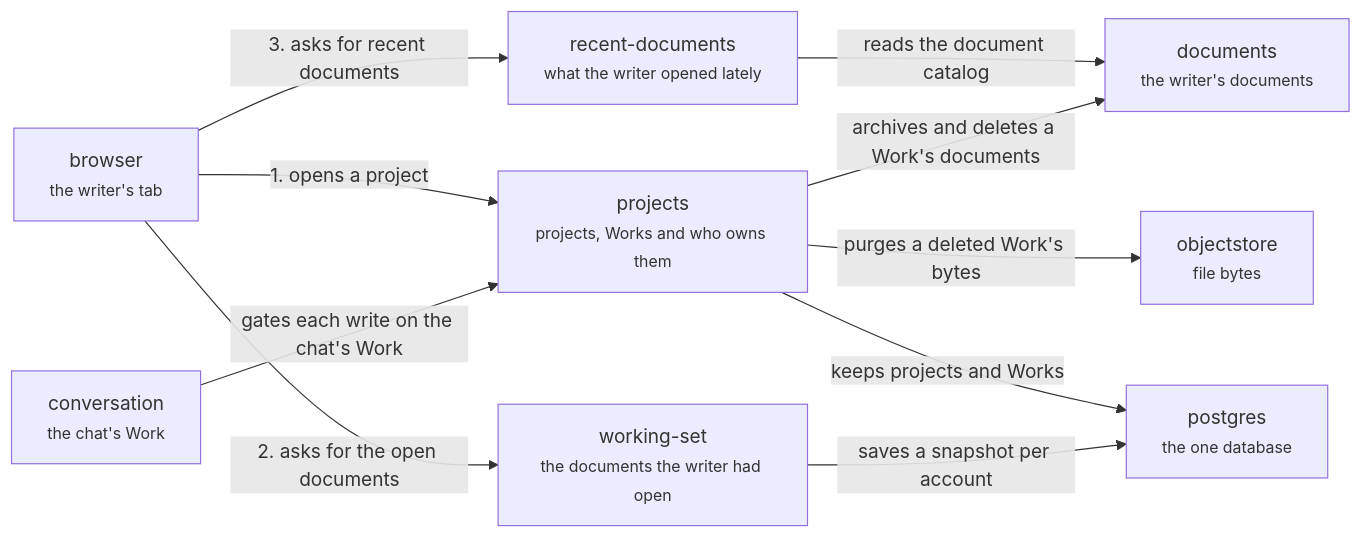
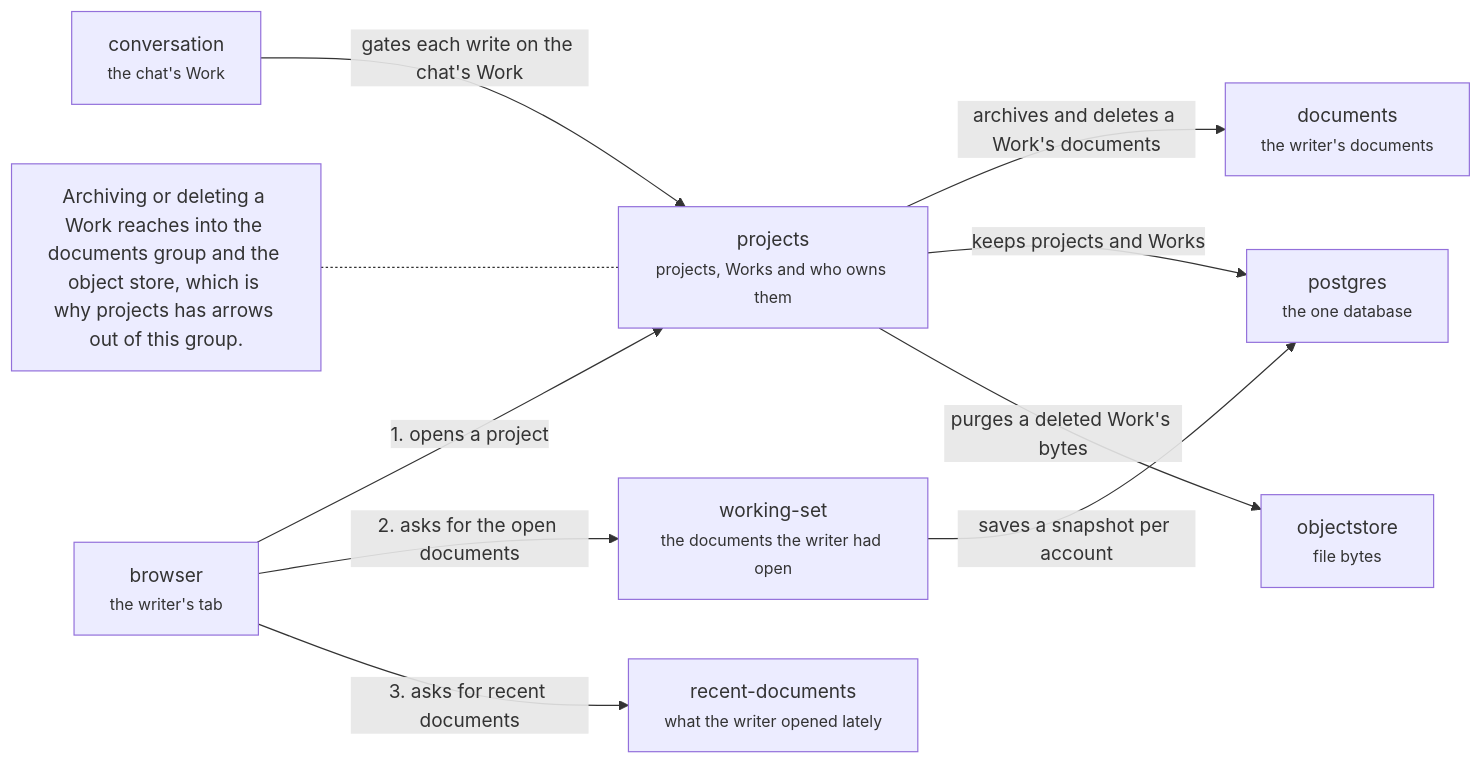
One commit to haowjy/meridian-flow changed the diagram in .context/system-architecture/server-workspace.md. Above: the diagram before and after it, drawn with Mermaid. The commit also changed 13 other files, not shown here.

````diff
--- a/.context/system-architecture/server-workspace.md
+++ b/.context/system-architecture/server-workspace.md
@@ -5,20 +5,21 @@
 ```mermaid
 flowchart LR
   projects["projects<br/><small>projects, Works and who owns them</small>"]:::domain
   working-set["working-set<br/><small>the documents the writer had open</small>"]:::domain
   recent-documents["recent-documents<br/><small>what the writer opened lately</small>"]:::domain
   browser["browser<br/><small>the writer's tab</small>"]:::context
   conversation["conversation<br/><small>the chat's Work</small>"]:::context
   documents["documents<br/><small>the writer's documents</small>"]:::context
   postgres["postgres<br/><small>the one database</small>"]:::context
   objectstore["objectstore<br/><small>file bytes</small>"]:::context
   browser -->|"1. opens a project"| projects
   browser -->|"2. asks for the open documents"| working-set
   browser -->|"3. asks for recent documents"| recent-documents
-  recent-documents -->|"reads the document catalog"| documents
   projects -->|"archives and deletes a Work's documents"| documents
-  projects -->|"purges a deleted Work's bytes"| objectstore
   conversation -->|"gates each write on the chat's Work"| projects
   projects -->|"keeps projects and Works"| postgres
   working-set -->|"saves a snapshot per account"| postgres
+  projects -->|"purges a deleted Work's bytes"| objectstore
+  note1["Archiving or deleting a Work reaches into the documents group and the object store, which is why projects has arrows out of this group."]:::note
+  note1 -.- projects
 ```
````
